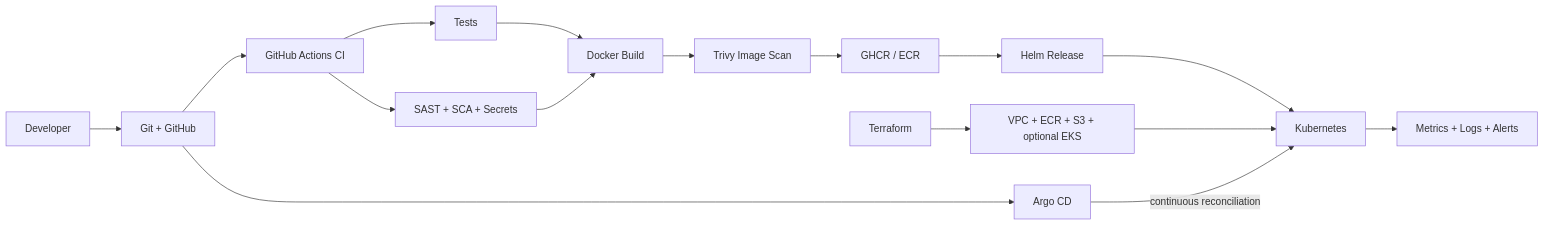
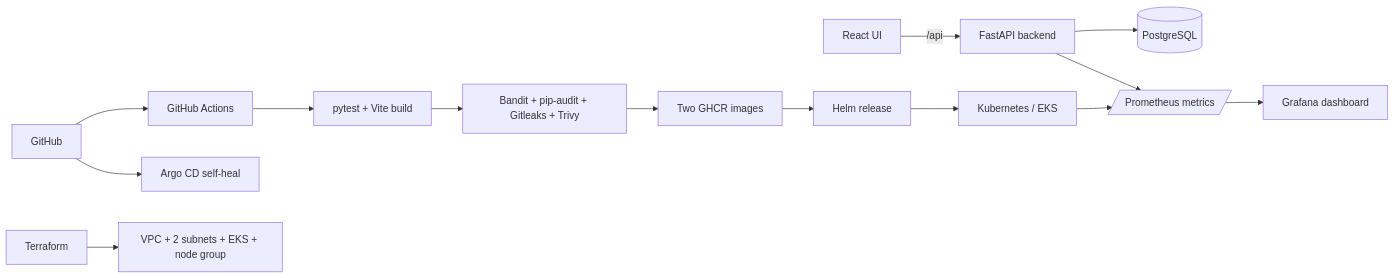
The diagram in 20-final-devops-project/final-devops-project/README.md (not-so-shubh/devops-homework), drawn with Mermaid before and after one commit. The commit also changed other lines of this file and 66 other files, not shown here.

````diff
--- a/20-final-devops-project/final-devops-project/README.md
+++ b/20-final-devops-project/final-devops-project/README.md
@@ -12,18 +11,16 @@
 ```mermaid
 flowchart LR
-    Dev[Developer] --> Git[Git + GitHub]
-    Git --> CI[GitHub Actions CI]
-    CI --> Test[Tests]
-    CI --> Sec[SAST + SCA + Secrets]
-    Test --> Build[Docker Build]
-    Sec --> Build
-    Build --> Scan[Trivy Image Scan]
-    Scan --> Registry[GHCR / ECR]
-    Registry --> Helm[Helm Release]
-    Helm --> K8s[Kubernetes]
-    TF[Terraform] --> AWS[VPC + ECR + S3 + optional EKS]
-    AWS --> K8s
-    K8s --> Obs[Metrics + Logs + Alerts]
-    Git --> Argo[Argo CD]
-    Argo -->|continuous reconciliation| K8s
+    Browser[React UI] -->|/api| API[FastAPI backend]
+    API --> DB[(PostgreSQL)]
+    API --> Metrics[/Prometheus metrics/]
+    Git[GitHub] --> CI[GitHub Actions]
+    CI --> Tests[pytest + Vite build]
+    Tests --> Security[Bandit + pip-audit + Gitleaks + Trivy]
+    Security --> Registry[Two GHCR images]
+    Registry --> Helm[Helm release]
+    Helm --> K8s[Kubernetes / EKS]
+    K8s --> Metrics
+    Metrics --> Grafana[Grafana dashboard]
+    Git --> Argo[Argo CD self-heal]
+    Terraform --> AWS[VPC + 2 subnets + EKS + node group]
 ```
````
